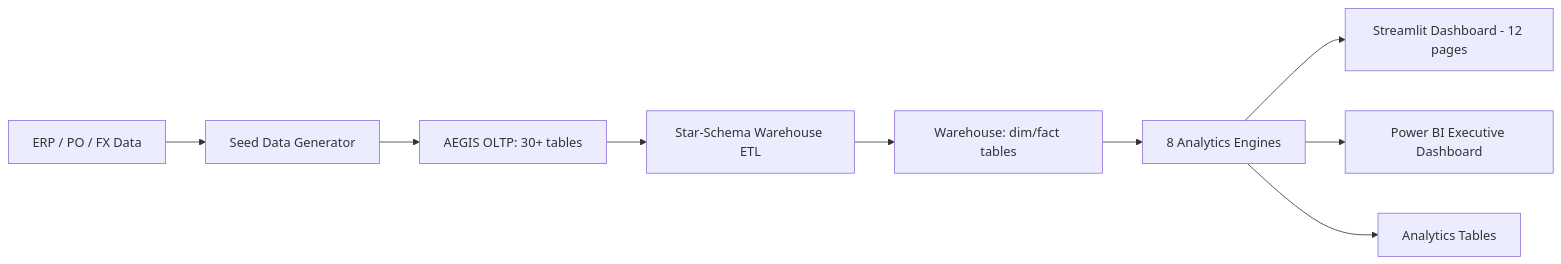
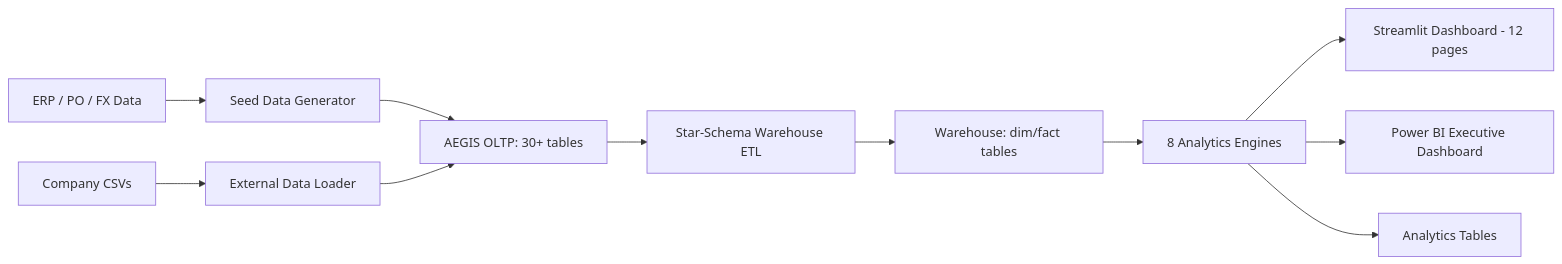
One commit to DavidMaco/Supplier_Selection_Project changed the diagram in README.md. Above: the diagram before and after it, drawn with Mermaid. The commit also changed other lines of this file and 11 other files, not shown here.

First line of the commit message:
feat: add external data import capability

````diff
--- a/README.md
+++ b/README.md
@@ -26,11 +26,13 @@
 ```mermaid
 flowchart LR
     A[ERP / PO / FX Data] --> B[Seed Data Generator]
+    X[Company CSVs] --> Y[External Data Loader]
     B --> C[AEGIS OLTP: 30+ tables]
+    Y --> C
     C --> D[Star-Schema Warehouse ETL]
     D --> E[Warehouse: dim/fact tables]
     E --> F[8 Analytics Engines]
     F --> G[Streamlit Dashboard - 12 pages]
     F --> H[Power BI Executive Dashboard]
     F --> I[Analytics Tables]
 ```
````
